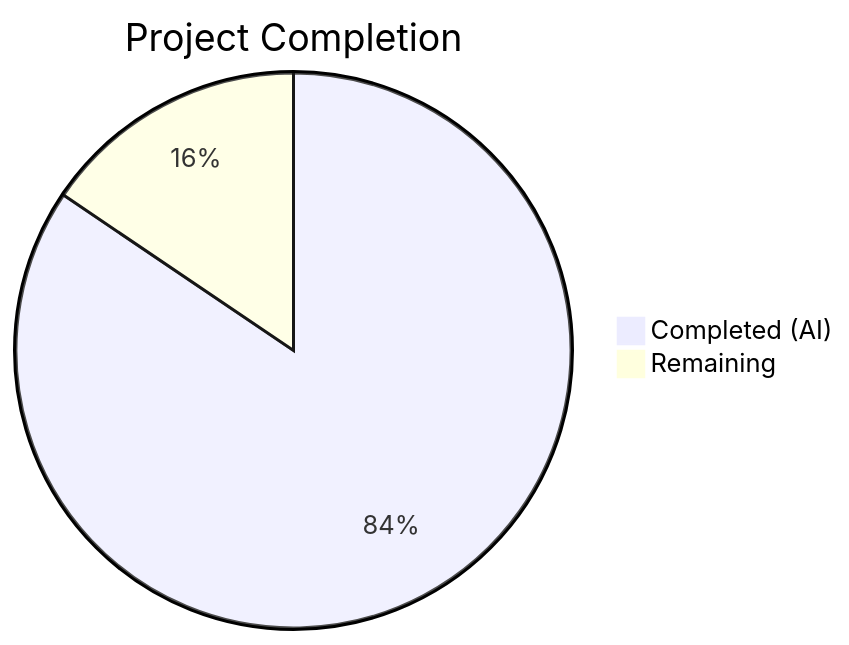
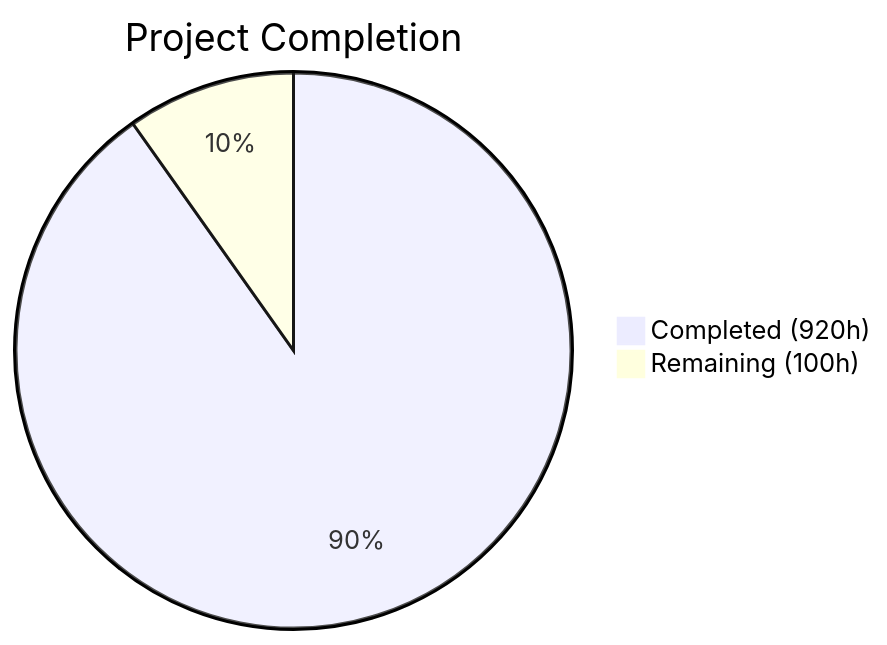
Before and after one commit to Blitzy-Sandbox/blitzy-bluez: the first of 2 diagrams in blitzy/documentation/Project Guide.md, drawn with Mermaid. The commit also changed other lines of this file, not shown here.

Commit message:
Adding Blitzy Project Guide: Project Status and Human Tasks Remaining

````diff
--- a/blitzy/documentation/Project Guide.md
+++ b/blitzy/documentation/Project Guide.md
@@ -13,5 +13,5 @@
 ```mermaid
 pie title Project Completion
-    "Completed (AI)" : 625
-    "Remaining" : 115
+    "Completed (920h)" : 920
+    "Remaining (100h)" : 100
 ```
````
